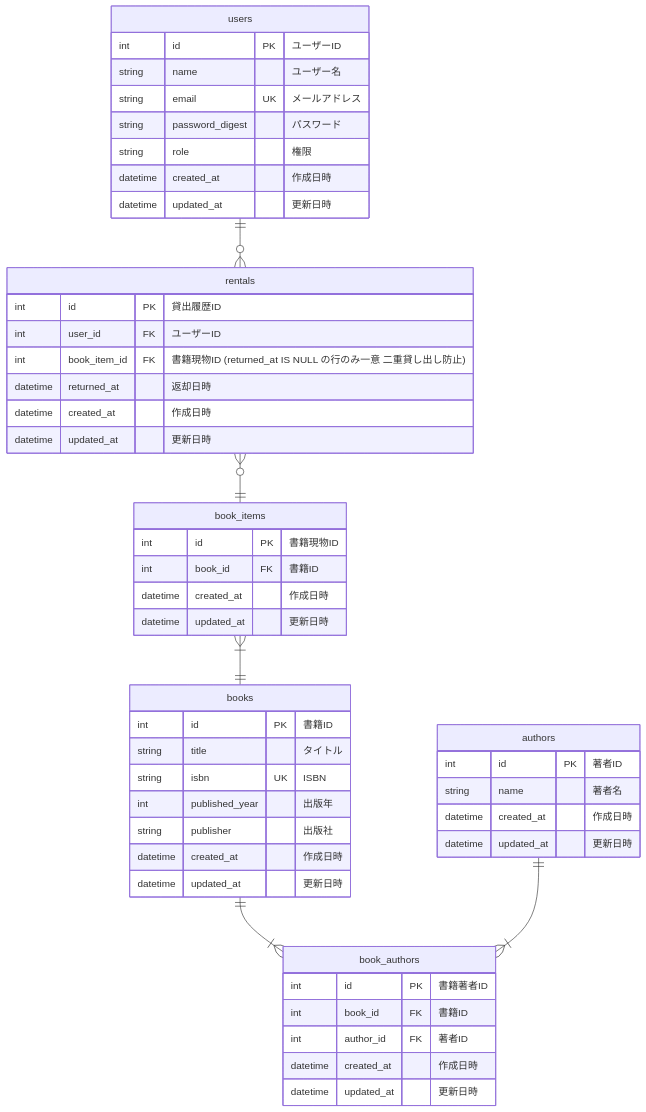
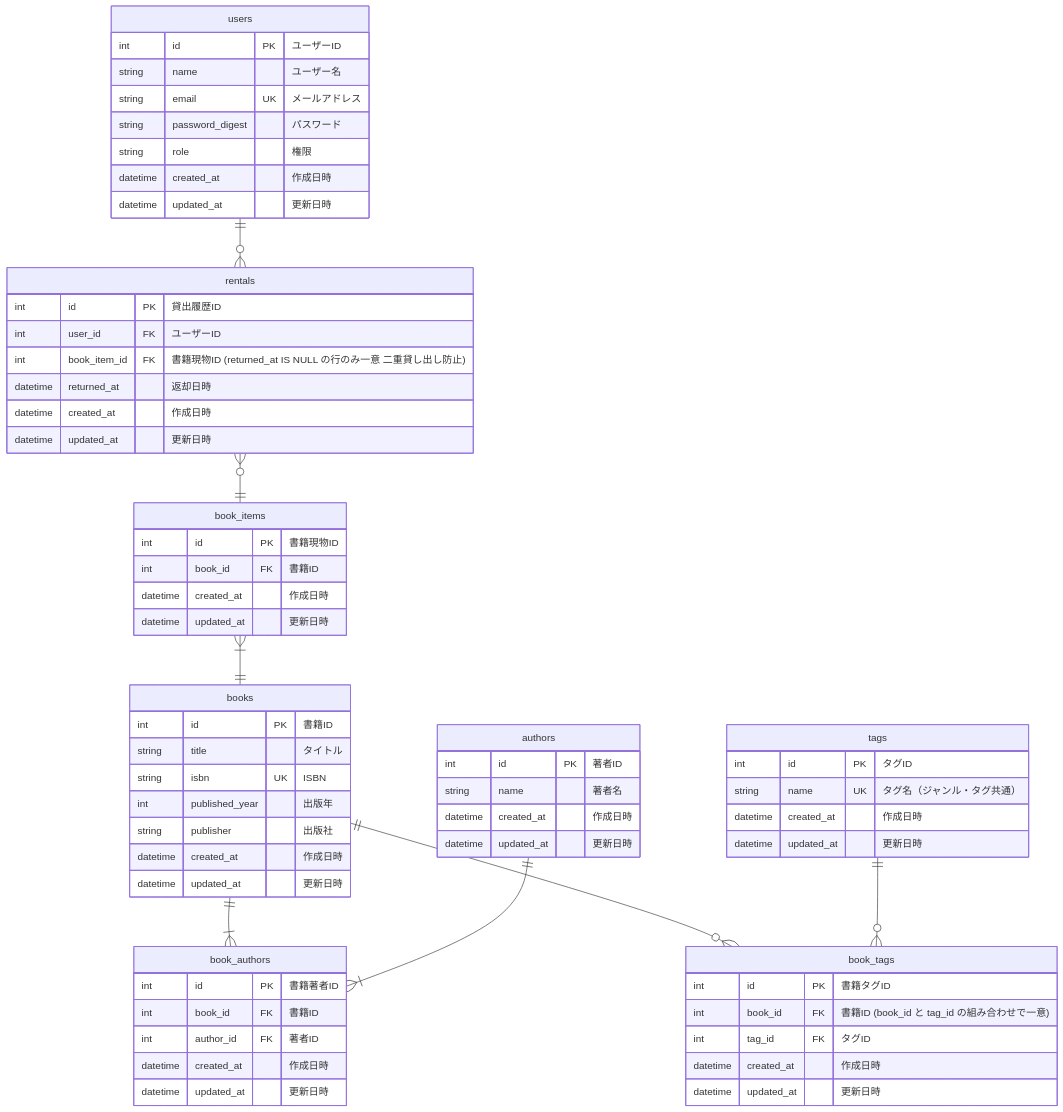
One commit to junhat6/book-management-system-speee changed the second of 2 diagrams in requirements/er_diagram.md. Above: the diagram before and after it, drawn with Mermaid. The commit also changed 13 other files, not shown here.

````diff
--- a/requirements/er_diagram.md
+++ b/requirements/er_diagram.md
@@ -51,53 +51,68 @@
 ```mermaid
 erDiagram
   users {
     int id PK "ユーザーID" 
     string name "ユーザー名"
     string email UK "メールアドレス"
     string password_digest "パスワード"
     string role "権限"
     datetime created_at "作成日時"
     datetime updated_at "更新日時"
   }
   rentals {
     int id PK "貸出履歴ID"
     int user_id FK "ユーザーID"
     int book_item_id FK "書籍現物ID (returned_at IS NULL の行のみ一意 二重貸し出し防止)"
     datetime returned_at  "返却日時"
     datetime created_at "作成日時"
     datetime updated_at "更新日時"
   }
   book_items {
     int id PK "書籍現物ID"
     int book_id FK "書籍ID"
     datetime created_at "作成日時"
     datetime updated_at "更新日時"
   }
   books {
     int id PK "書籍ID"
     string title "タイトル"
     string isbn UK "ISBN"
     int published_year "出版年"
     string publisher "出版社"
     datetime created_at "作成日時"
     datetime updated_at "更新日時"
   }
   book_authors {
     int id PK "書籍著者ID"
     int book_id FK "書籍ID"
     int author_id FK "著者ID"
     datetime created_at "作成日時"
     datetime updated_at "更新日時"
   }
   authors {
     int id PK "著者ID"
     string name "著者名"
     datetime created_at "作成日時"
     datetime updated_at "更新日時"
   }
+  book_tags {
+    int id PK "書籍タグID"
+    int book_id FK "書籍ID (book_id と tag_id の組み合わせで一意)"
+    int tag_id FK "タグID"
+    datetime created_at "作成日時"
+    datetime updated_at "更新日時"
+  }
+  tags {
+    int id PK "タグID"
+    string name UK "タグ名（ジャンル・タグ共通）"
+    datetime created_at "作成日時"
+    datetime updated_at "更新日時"
+  }
   users ||--o{ rentals : ""
   rentals }o--|| book_items : ""
   book_items }|--|| books : ""
   books ||--|{ book_authors : ""
   authors ||--|{ book_authors : ""
+  books ||--o{ book_tags : ""
+  tags ||--o{ book_tags : ""
 ```
````
